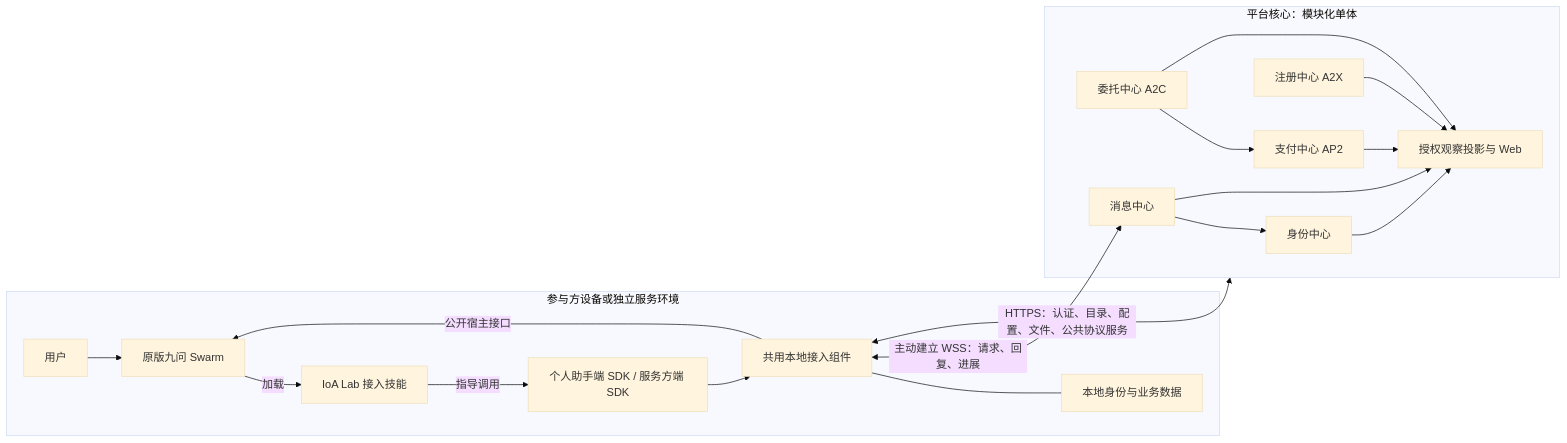
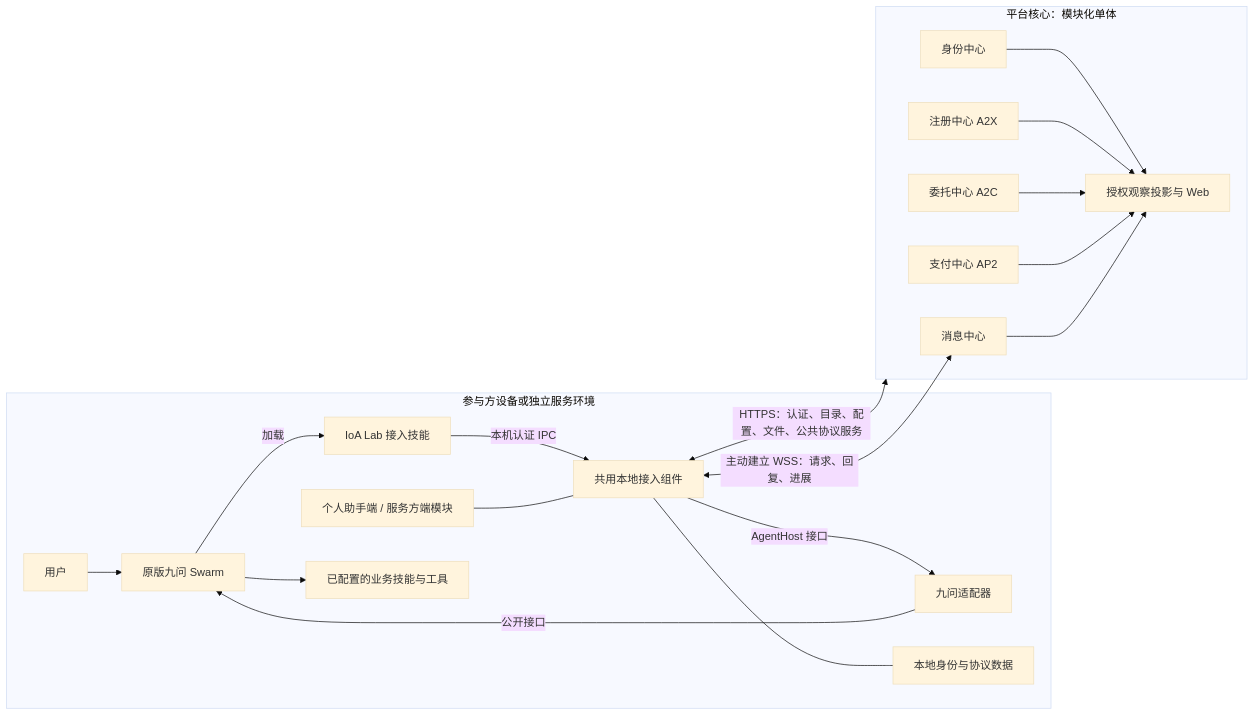
The diagram in 设计/架构.md (Weizheng96/Jiuwen-IoA-Lab), drawn with Mermaid (base theme) before and after one commit. The commit also changed other lines of this file and 25 other files, not shown here.

````diff
--- a/设计/架构.md
+++ b/设计/架构.md
@@ -9,28 +9,28 @@
 ```mermaid
 flowchart LR
     subgraph L[参与方设备或独立服务环境]
         U[用户] --> S[原版九问 Swarm]
-        K[IoA Lab 接入技能] -->|指导调用| A[个人助手端 SDK / 服务方端 SDK]
-        S -->|加载| K
-        A --> R[共用本地接入组件]
-        R -->|公开宿主接口| S
-        R --- DB[本地身份与业务数据]
+        S -->|加载| K[IoA Lab 接入技能]
+        K -->|本机认证 IPC| R[共用本地接入组件]
+        A[个人助手端 / 服务方端模块] --- R
+        R -->|AgentHost 接口| H[九问适配器]
+        H -->|公开接口| S
+        S --> T[已配置的业务技能与工具]
+        R --- DB[本地身份与协议数据]
     end
     subgraph P[平台核心：模块化单体]
         I[身份中心]
         G[注册中心 A2X]
         D[委托中心 A2C]
         Pay[支付中心 AP2]
         M[消息中心]
         V[授权观察投影与 Web]
     end
     R <-->|主动建立 WSS：请求、回复、进展| M
     R <-->|HTTPS：认证、目录、配置、文件、公共协议服务| P
-    M --> I
-    D --> Pay
     I --> V
     G --> V
     D --> V
     Pay --> V
     M --> V
 ```
````
